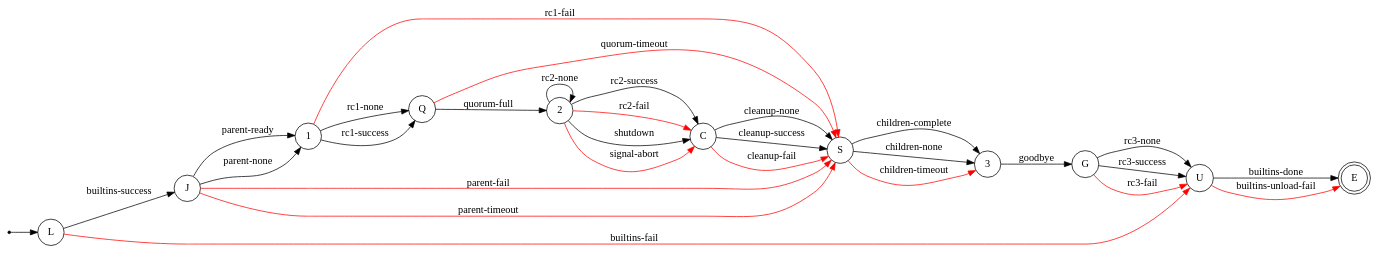
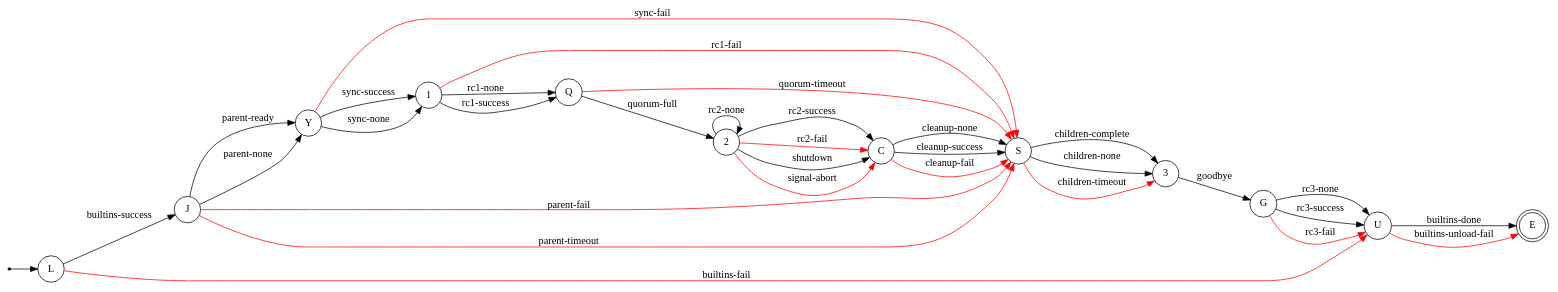
The diagram in doc/guide/images/states.dot (flux-framework/flux-core), drawn with Graphviz before and after one commit. The commit also changed 2 other files, not shown here.

Commit message:
doc: add CONFIG_SYNC to broker state diagrams
Problem: the new CONFIG_SYNC state is not represented in broker
state diagrams.

Update the diagrams.

Change the inline image scale slightly to reduce aspect ratio
distortion.

```diff
--- a/doc/guide/images/states.dot
+++ b/doc/guide/images/states.dot
@@ -1,39 +1,42 @@
 // Usage: dot -Tpng file.dot -o file.png
 
 digraph finite_state_machine {
     rankdir=LR;
 
     node [shape = point ]; Start
     node [shape = doublecircle ]; E
 
     node [shape = circle];
     Start -> L;
     L -> J [ label = "builtins-success" ];
     L -> U [ label = "builtins-fail", color = "red" ];
-    J -> 1 [ label = "parent-ready" ];
-    J -> 1 [ label = "parent-none" ];
+    J -> Y [ label = "parent-ready" ];
+    J -> Y [ label = "parent-none" ];
     J -> S [ label = "parent-fail", color = "red" ];
     J -> S [ label = "parent-timeout", color = "red" ];
+    Y -> 1 [ label = "sync-success" ];
+    Y -> 1 [ label = "sync-none" ];
+    Y -> S [ label = "sync-fail", color = "red" ];
     1 -> Q [ label = "rc1-none" ];
     1 -> Q [ label = "rc1-success" ];
     1 -> S [ label = "rc1-fail", color = "red" ];
     Q -> 2 [ label = "quorum-full" ];
     Q -> S [ label = "quorum-timeout", color = "red" ];
     2 -> 2 [ label = "rc2-none" ];
     2 -> C [ label = "rc2-success" ];
     2 -> C [ label = "rc2-fail", color = "red" ];
     2 -> C [ label = "shutdown" ];
     2 -> C [ label = "signal-abort", color = "red" ];
     C -> S [ label = "cleanup-none" ];
     C -> S [ label = "cleanup-success" ];
     C -> S [ label = "cleanup-fail", color = "red" ];
     S -> 3 [ label = "children-complete" ];
     S -> 3 [ label = "children-none" ];
     S -> 3 [ label = "children-timeout", color = "red" ];
     3 -> G [ label = "goodbye" ];
     G -> U [ label = "rc3-none" ];
     G -> U [ label = "rc3-success" ];
     G -> U [ label = "rc3-fail", color = "red" ];
     U -> E [ label = "builtins-done" ];
     U -> E [ label = "builtins-unload-fail", color = "red" ];
 }
```
